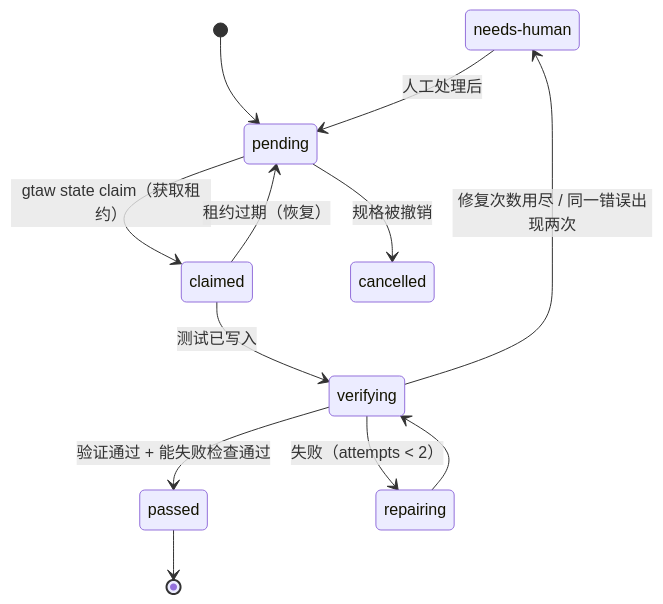
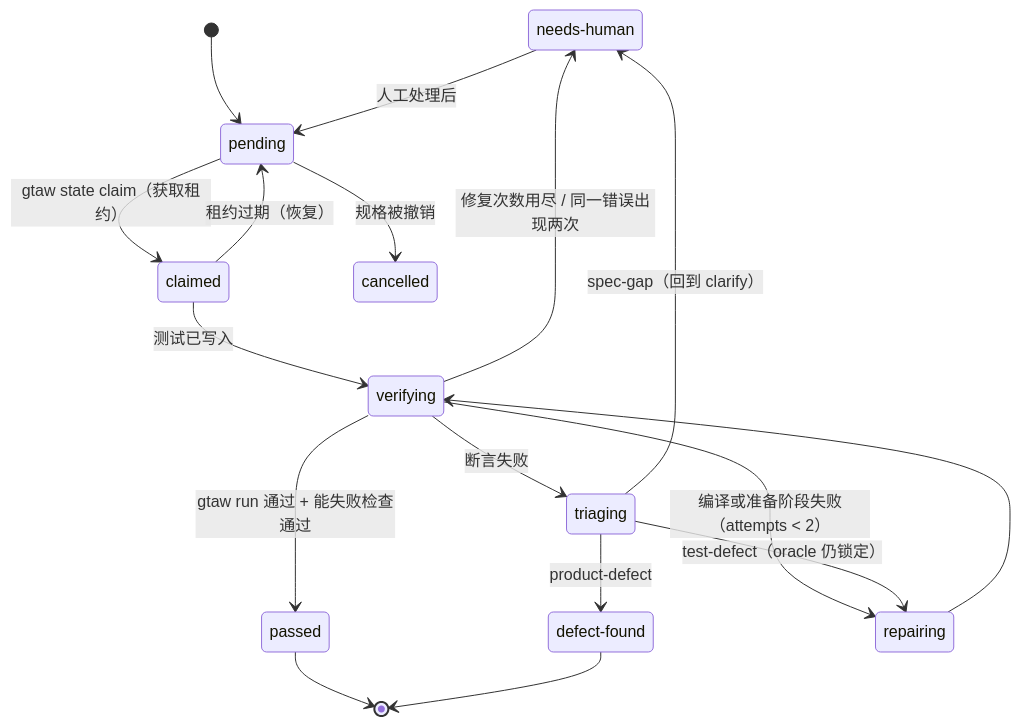
The second of 2 diagrams in plan.md (JojunY/generic-testing-agent), drawn with Mermaid before and after one commit. The commit also changed other lines of this file, not shown here.

First line of the commit message:
Revise plan.md to v4: oracle lock, failure triage, open-source learnings

````diff
--- a/plan.md
+++ b/plan.md
@@ -417,15 +445,21 @@
 ```mermaid
 stateDiagram-v2
   state "needs-human" as needs_human
+  state "defect-found" as defect_found
   [*] --> pending
   pending --> claimed : gtaw state claim（获取租约）
   claimed --> verifying : 测试已写入
-  verifying --> passed : 验证通过 + 能失败检查通过
-  verifying --> repairing : 失败（attempts < 2）
+  verifying --> passed : gtaw run 通过 + 能失败检查通过
+  verifying --> repairing : 编译或准备阶段失败（attempts < 2）
+  verifying --> triaging : 断言失败
   repairing --> verifying
+  triaging --> repairing : test-defect（oracle 仍锁定）
+  triaging --> defect_found : product-defect
+  triaging --> needs_human : spec-gap（回到 clarify）
   verifying --> needs_human : 修复次数用尽 / 同一错误出现两次
   claimed --> pending : 租约过期（恢复）
-  passed --> [*]
   needs_human --> pending : 人工处理后
   pending --> cancelled : 规格被撤销
+  passed --> [*]
+  defect_found --> [*]
 ```
````
